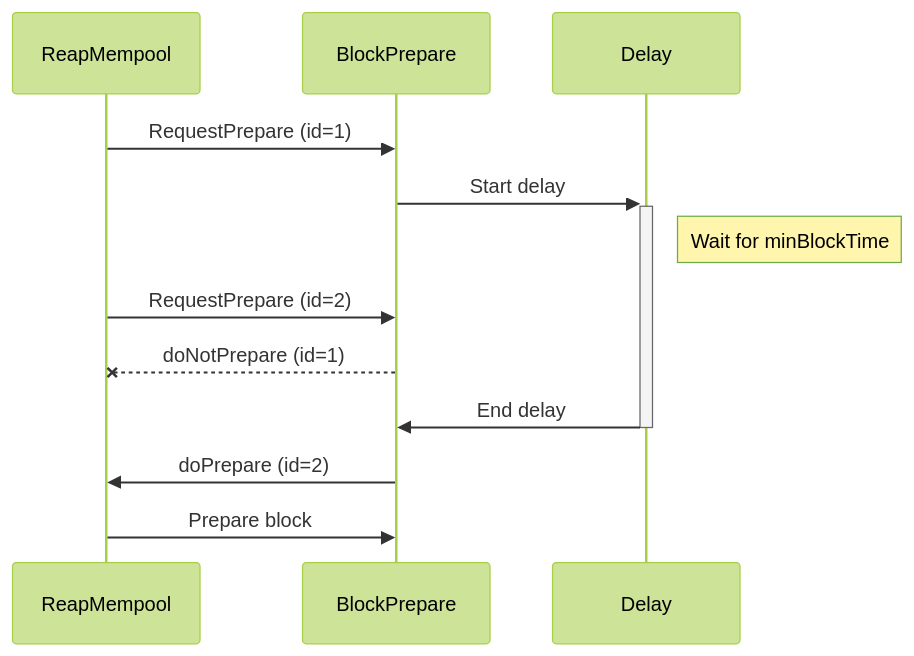
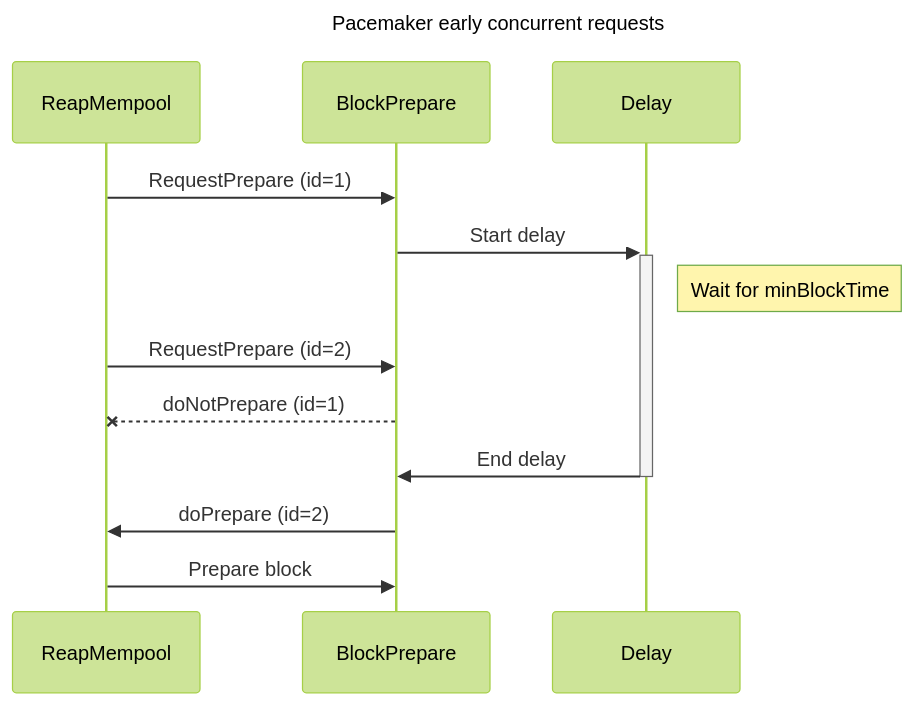
The eighth of 9 diagrams in consensus/README.md (pokt-network/pocket), drawn with Mermaid (forest theme) before and after one commit. The commit also changed other lines of this file, not shown here.

````diff
--- a/consensus/README.md
+++ b/consensus/README.md
@@ -298,15 +326,17 @@
 ```mermaid
 sequenceDiagram
+  title Pacemaker early concurrent requests
+
   participant ReapMempool
   participant BlockPrepare
   participant Delay
 
   ReapMempool->>BlockPrepare:RequestPrepare (id=1)
   BlockPrepare->>+Delay:Start delay
   Note right of Delay: Wait for minBlockTime
   ReapMempool->>BlockPrepare:RequestPrepare (id=2)
   BlockPrepare--xReapMempool:doNotPrepare (id=1)
   Delay->>-BlockPrepare:End delay
   BlockPrepare->>ReapMempool:doPrepare (id=2)
   ReapMempool->>BlockPrepare: Prepare block
 ```
````
